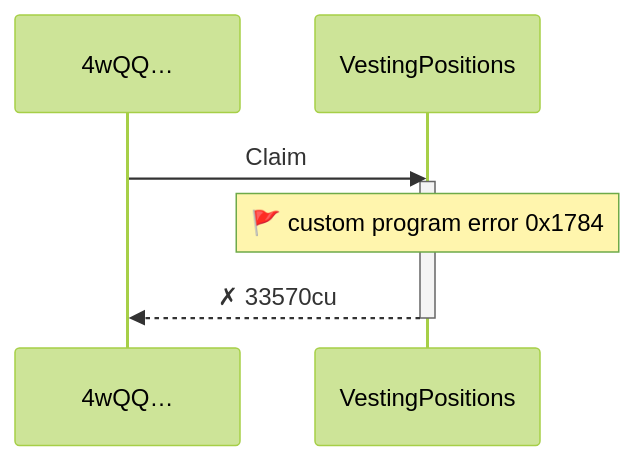
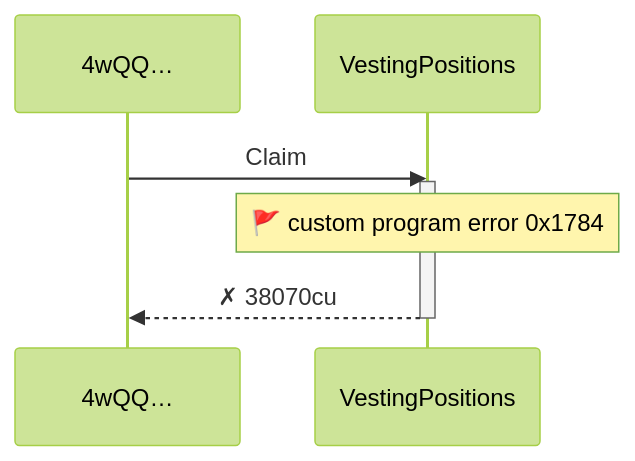
Before and after one commit to cds-turbin3/vesting-position: the seventh of 9 diagrams in babelfish-tests/test-report/full_release_at_cliff.md, drawn with Mermaid (forest theme). The commit also changed other lines of this file and 106 other files, not shown here.

````diff
--- a/babelfish-tests/test-report/full_release_at_cliff.md
+++ b/babelfish-tests/test-report/full_release_at_cliff.md
@@ -388,10 +399,10 @@
 ```mermaid
 sequenceDiagram
     participant p0 as 4wQQ…
     participant p1 as VestingPositions
     p0->>p1: Claim
     activate p1
     note over p1: 🚩 custom program error  0x1784
-    p1-->>p0: ✗ 33570cu
+    p1-->>p0: ✗ 38070cu
     deactivate p1
 ```
````
